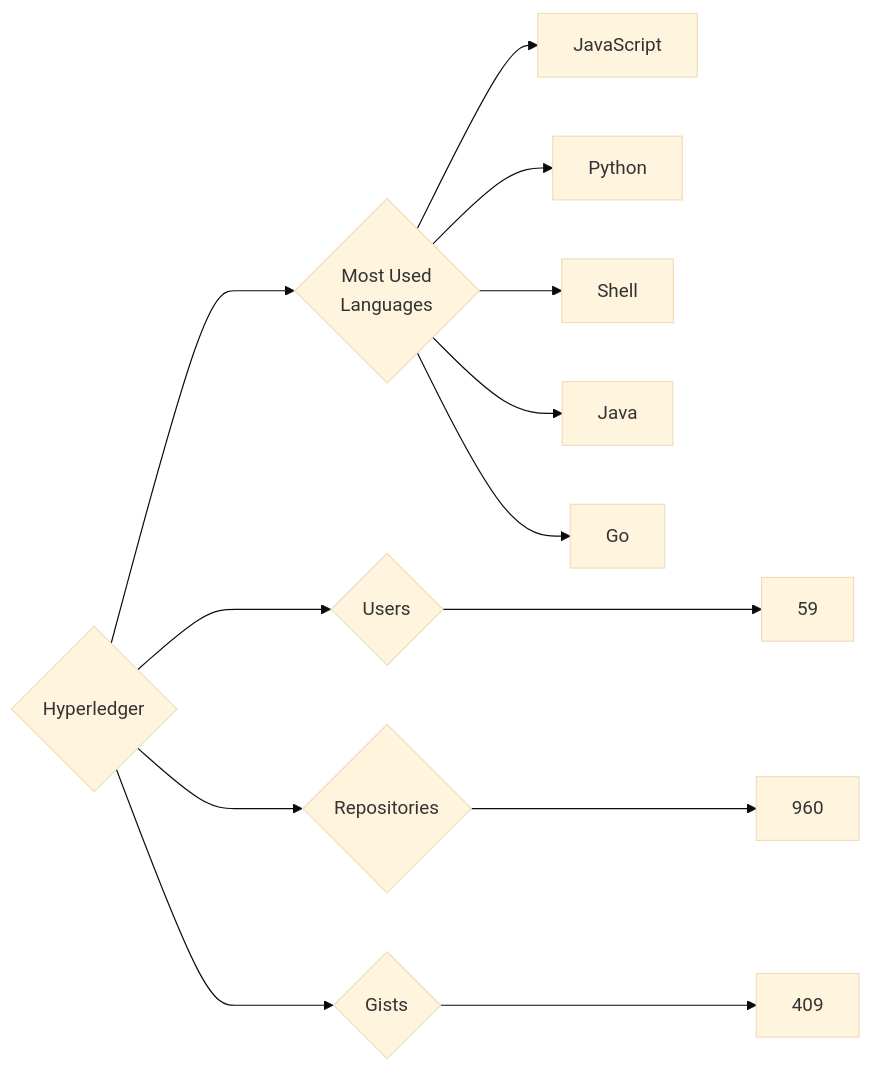
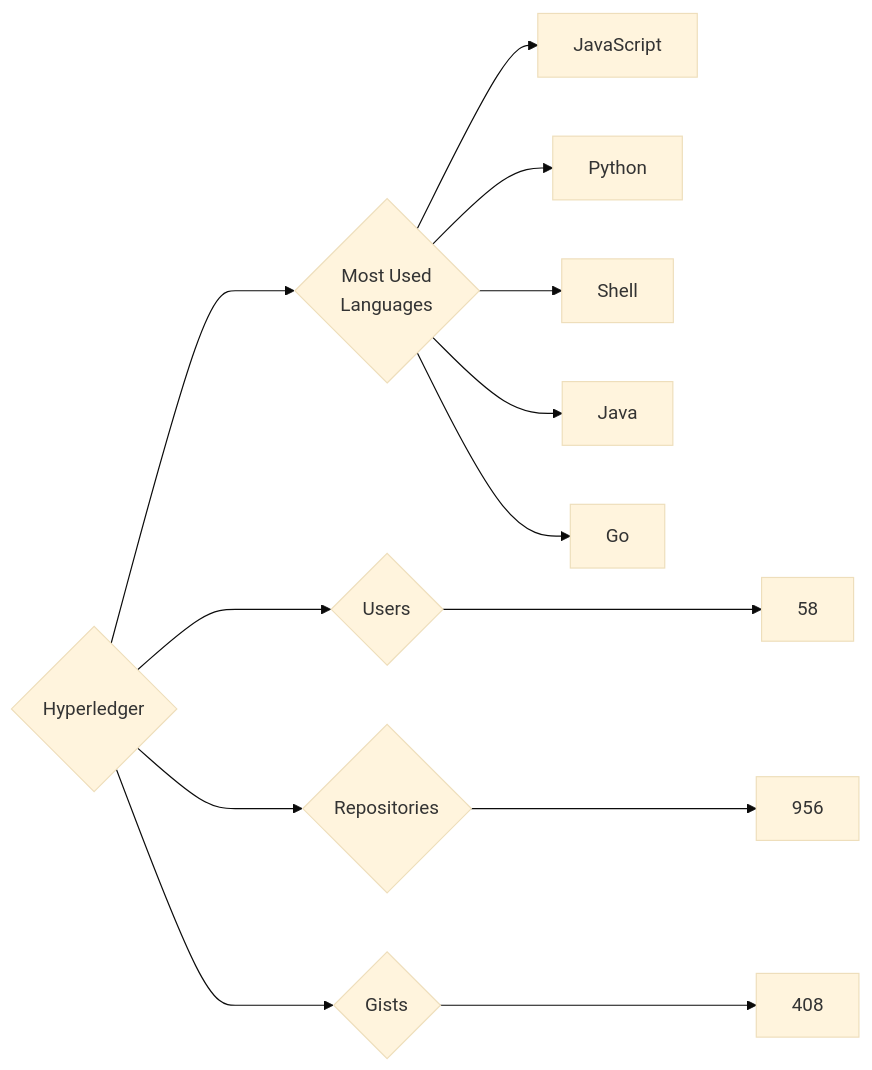
One commit to trickest/insiders changed the diagram in targets/Hyperledger/README.md. Above: the diagram before and after it, drawn with Mermaid (base theme). The commit also changed 912 other files, not shown here.

````diff
--- a/targets/Hyperledger/README.md
+++ b/targets/Hyperledger/README.md
@@ -3,13 +3,13 @@
 ```mermaid
 graph LR
 COMPANY_NAME{Hyperledger}
-COMPANY_NAME ---> U{Users} ---> UN[59]
-COMPANY_NAME ---> R{Repositories} ---> RN[960]
-COMPANY_NAME ---> G{Gists} ---> GN[409]
+COMPANY_NAME ---> U{Users} ---> UN[58]
+COMPANY_NAME ---> R{Repositories} ---> RN[956]
+COMPANY_NAME ---> G{Gists} ---> GN[408]
 COMPANY_NAME ---> ML{Most Used<br>Languages}
 ML --> JavaScript[JavaScript]
 ML --> Python[Python]
 ML --> Shell[Shell]
 ML --> Java[Java]
 ML --> Go[Go]
 ```
````
